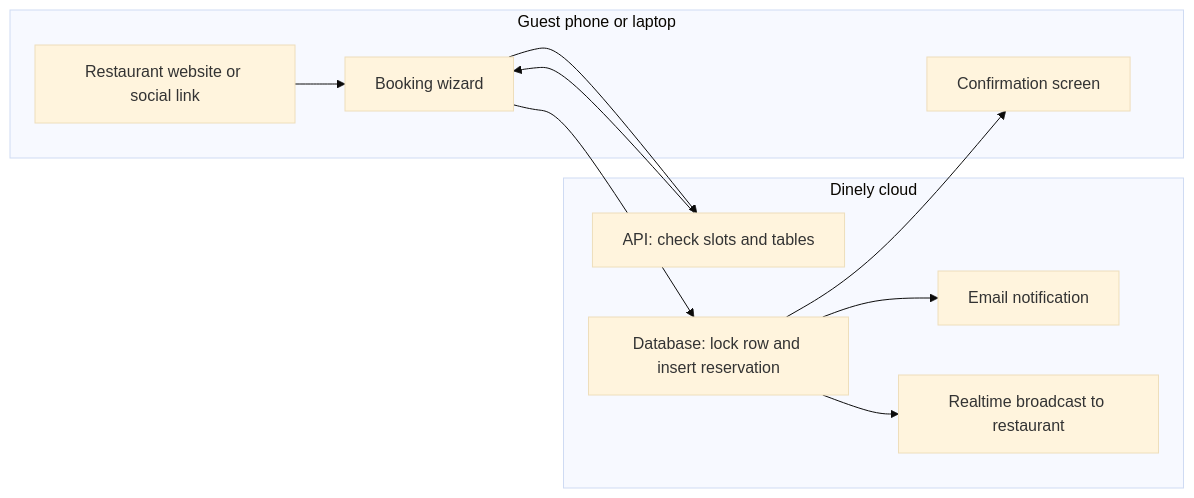
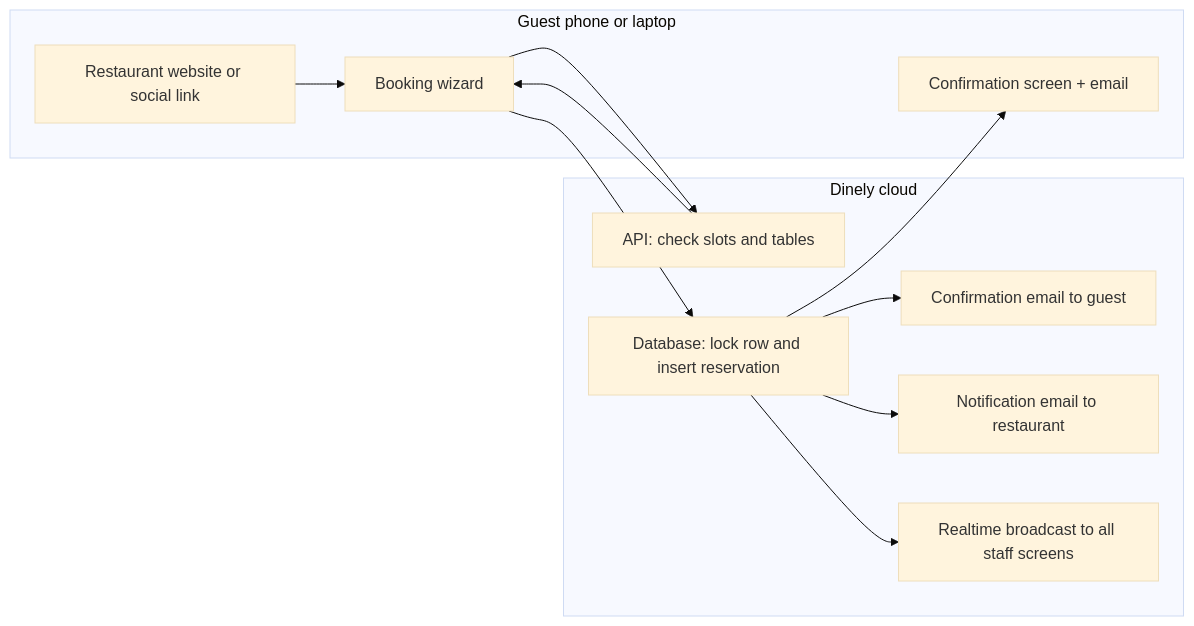
Before and after one commit to pizn-01/dinely: the first of 5 diagrams in docs/CLIENT_HANDOVER_CUSTOMER_AND_GUEST.md, drawn with Mermaid (base theme). The commit also changed other lines of this file and 2 other files, not shown here.

````diff
--- a/docs/CLIENT_HANDOVER_CUSTOMER_AND_GUEST.md
+++ b/docs/CLIENT_HANDOVER_CUSTOMER_AND_GUEST.md
@@ -23,21 +23,23 @@
 ```mermaid
 flowchart LR
   subgraph guest_device [Guest phone or laptop]
     A[Restaurant website or social link]
     B[Booking wizard]
-    C[Confirmation screen]
+    C[Confirmation screen + email]
   end
   subgraph dinely [Dinely cloud]
     D[API: check slots and tables]
     E[Database: lock row and insert reservation]
-    F[Email notification]
-    G[Realtime broadcast to restaurant]
+    F[Confirmation email to guest]
+    G[Notification email to restaurant]
+    H[Realtime broadcast to all staff screens]
   end
   A --> B
   B --> D
   D --> B
   B --> E
   E --> C
   E --> F
   E --> G
+  E --> H
 ```
````
